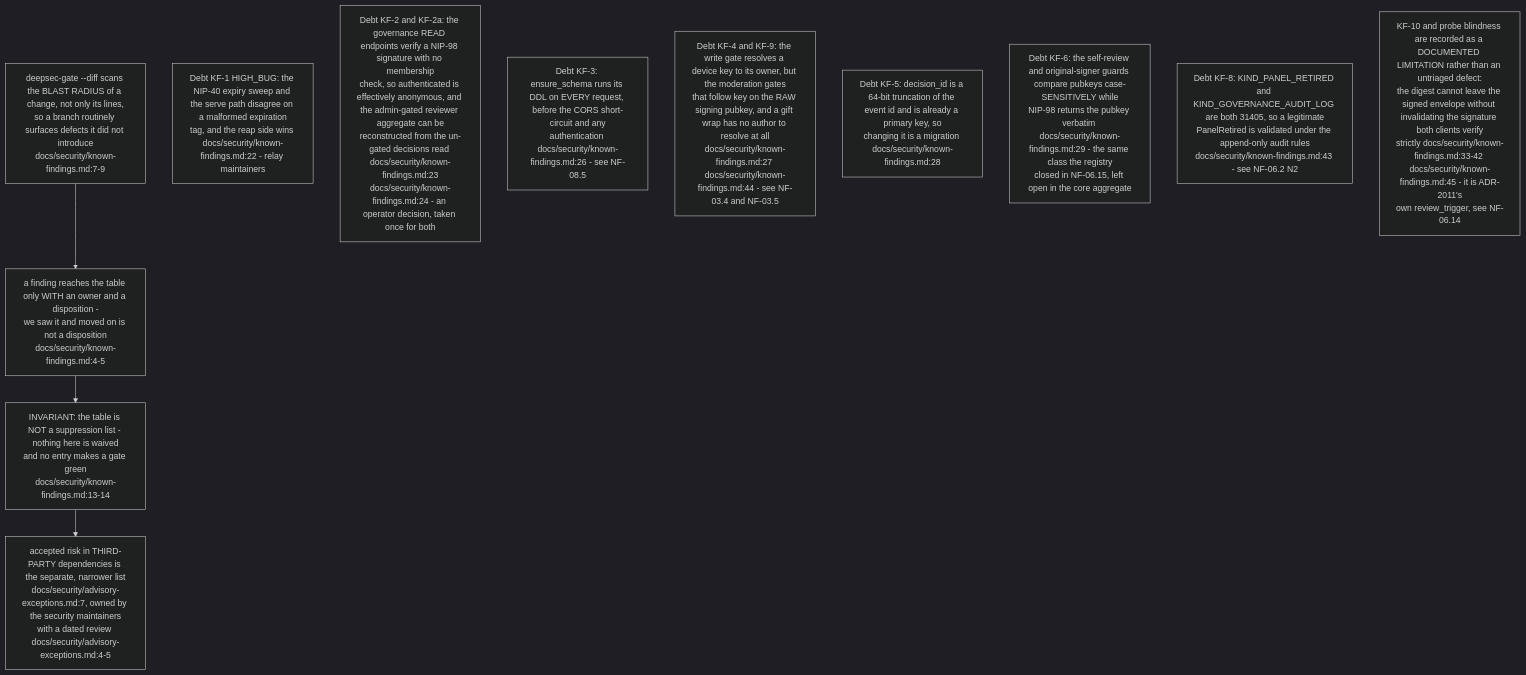
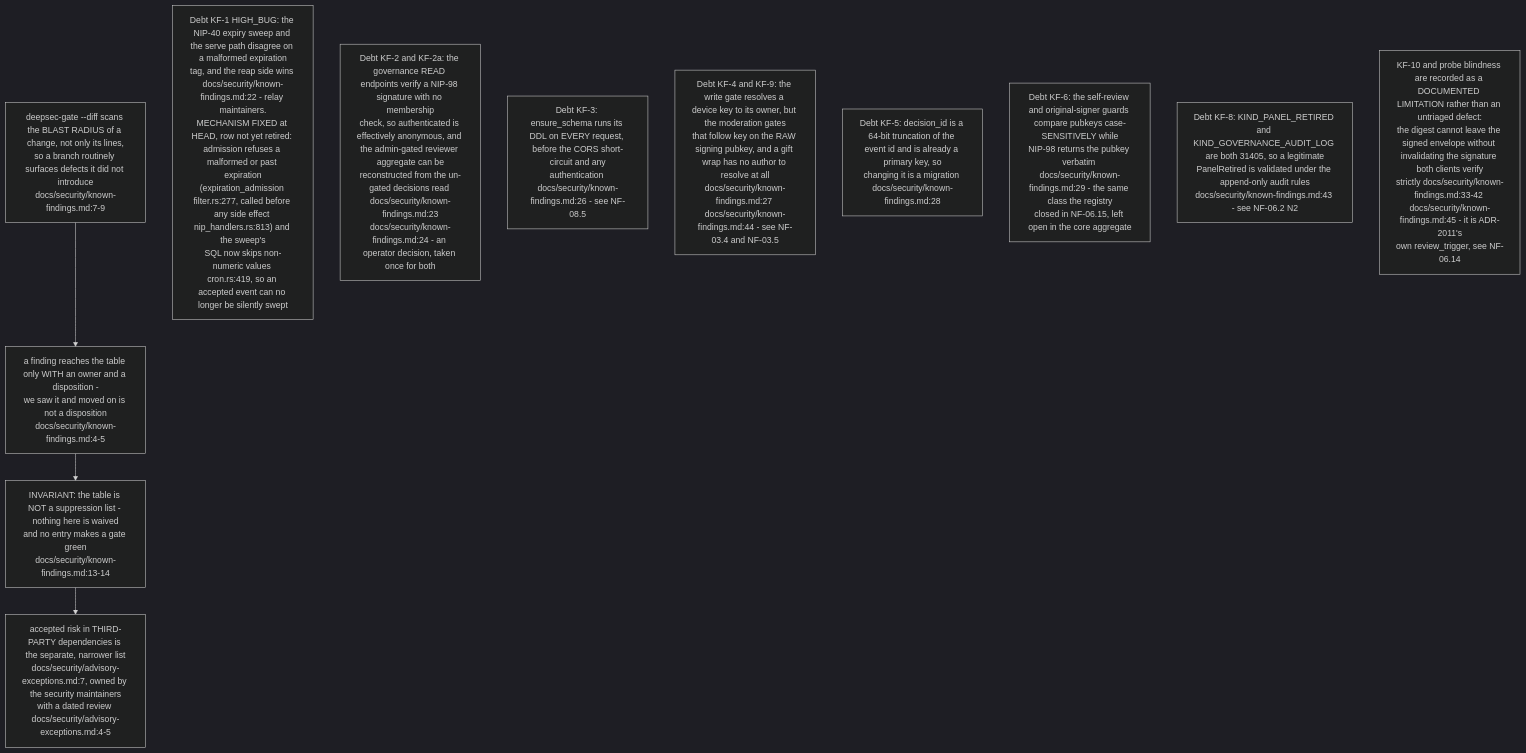
Before and after one commit to DreamLab-AI/VisionFlow: the ninth of 10 diagrams in docs/diagrams/nostr-rust-forum/10-invariants-and-anomaly-register.md, drawn with Mermaid (dark theme). The commit also changed other lines of this file and 111 other files, not shown here.

Commit message:
docs(diagrams): align estate maps with current source

````diff
--- a/docs/diagrams/nostr-rust-forum/10-invariants-and-anomaly-register.md
+++ b/docs/diagrams/nostr-rust-forum/10-invariants-and-anomaly-register.md
@@ -188,18 +190,18 @@
 ```mermaid
 flowchart TB
     GATE["deepsec-gate --diff scans the BLAST RADIUS of a change, not only its lines,<br/>so a branch routinely surfaces defects it did not introduce<br/>docs/security/known-findings.md:7-9"]
     RULE["a finding reaches the table only WITH an owner and a disposition -<br/>we saw it and moved on is not a disposition<br/>docs/security/known-findings.md:4-5"]
     NOTSUP["INVARIANT: the table is NOT a suppression list - nothing here is waived<br/>and no entry makes a gate green<br/>docs/security/known-findings.md:13-14"]
     SEP["accepted risk in THIRD-PARTY dependencies is the separate, narrower list<br/>docs/security/advisory-exceptions.md:7, owned by the security maintainers<br/>with a dated review docs/security/advisory-exceptions.md:4-5"]
 
     GATE --> RULE --> NOTSUP --> SEP
 
-    N1["Debt KF-1 HIGH_BUG: the NIP-40 expiry sweep and the serve path disagree on a malformed expiration<br/>tag, and the reap side wins docs/security/known-findings.md:22 - relay maintainers"]
+    N1["Debt KF-1 HIGH_BUG: the NIP-40 expiry sweep and the serve path disagree on a malformed expiration<br/>tag, and the reap side wins docs/security/known-findings.md:22 - relay maintainers.<br/>MECHANISM FIXED at HEAD, row not yet retired: admission refuses a malformed or past expiration<br/>(expiration_admission filter.rs:277, called before any side effect nip_handlers.rs:813) and the sweep's<br/>SQL now skips non-numeric values cron.rs:419, so an accepted event can no longer be silently swept"]
     N2["Debt KF-2 and KF-2a: the governance READ endpoints verify a NIP-98 signature with no membership<br/>check, so authenticated is effectively anonymous, and the admin-gated reviewer aggregate can be<br/>reconstructed from the un-gated decisions read docs/security/known-findings.md:23<br/>docs/security/known-findings.md:24 - an operator decision, taken once for both"]
     N3["Debt KF-3: ensure_schema runs its DDL on EVERY request, before the CORS short-circuit and any<br/>authentication docs/security/known-findings.md:26 - see NF-08.5"]
     N4["Debt KF-4 and KF-9: the write gate resolves a device key to its owner, but the moderation gates<br/>that follow key on the RAW signing pubkey, and a gift wrap has no author to resolve at all<br/>docs/security/known-findings.md:27 docs/security/known-findings.md:44 - see NF-03.4 and NF-03.5"]
     N5["Debt KF-5: decision_id is a 64-bit truncation of the event id and is already a primary key, so<br/>changing it is a migration docs/security/known-findings.md:28"]
     N6["Debt KF-6: the self-review and original-signer guards compare pubkeys case-SENSITIVELY while<br/>NIP-98 returns the pubkey verbatim docs/security/known-findings.md:29 - the same class the registry<br/>closed in NF-06.15, left open in the core aggregate"]
     N7["Debt KF-8: KIND_PANEL_RETIRED and KIND_GOVERNANCE_AUDIT_LOG are both 31405, so a legitimate<br/>PanelRetired is validated under the append-only audit rules<br/>docs/security/known-findings.md:43 - see NF-06.2 N2"]
     N8["KF-10 and probe blindness are recorded as a DOCUMENTED LIMITATION rather than an untriaged defect:<br/>the digest cannot leave the signed envelope without invalidating the signature both clients verify<br/>strictly docs/security/known-findings.md:33-42 docs/security/known-findings.md:45 - it is ADR-2011's<br/>own review_trigger, see NF-06.14"]
 ```
````
